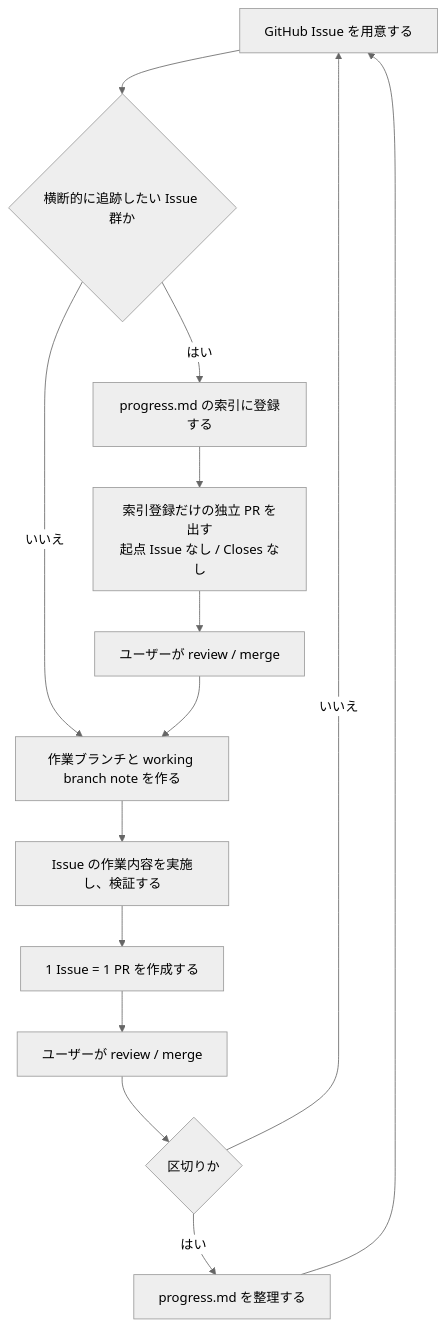
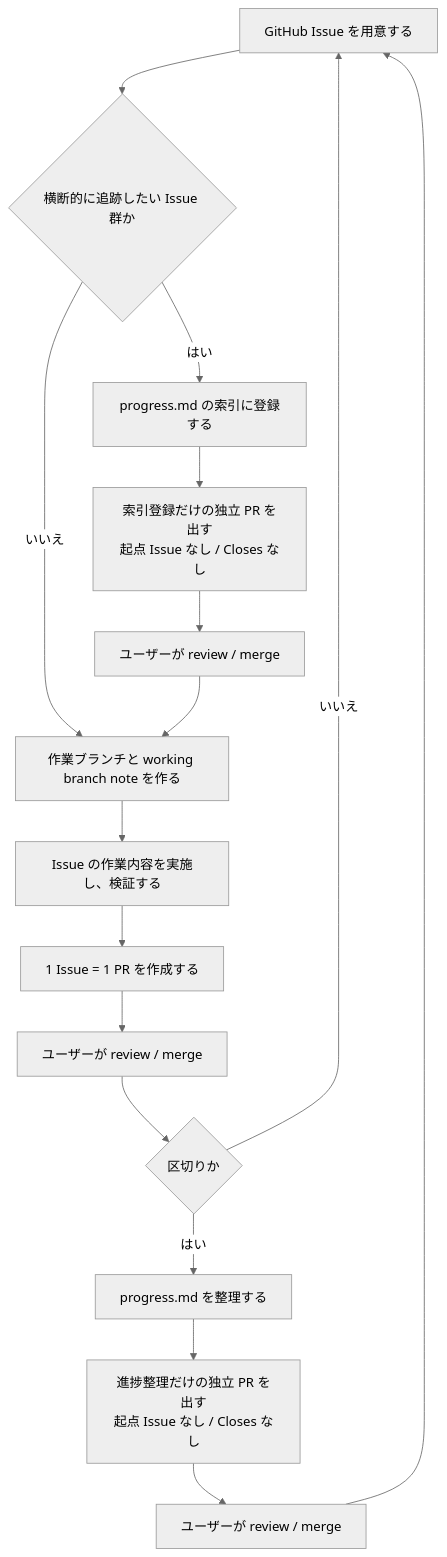
The diagram in doc/guidelines/development-loop.md (kiyohara/bizdate), drawn with Mermaid (neutral theme) before and after one commit. The commit also changed other lines of this file and 2 other files, not shown here.

````diff
--- a/doc/guidelines/development-loop.md
+++ b/doc/guidelines/development-loop.md
@@ -17,16 +17,18 @@
 ```mermaid
 flowchart TD
     A["GitHub Issue を用意する"] --> B{"横断的に追跡したい Issue 群か"}
     B -- "はい" --> C["progress.md の索引に登録する"]
     B -- "いいえ" --> D["作業ブランチと working branch note を作る"]
     C --> C2["索引登録だけの独立 PR を出す<br/>起点 Issue なし / Closes なし"]
     C2 --> C3["ユーザーが review / merge"]
     C3 --> D
     D --> E["Issue の作業内容を実施し、検証する"]
     E --> F["1 Issue = 1 PR を作成する"]
     F --> G["ユーザーが review / merge"]
     G --> H{"区切りか"}
     H -- "はい" --> I["progress.md を整理する"]
     H -- "いいえ" --> A
-    I --> A
+    I --> I2["進捗整理だけの独立 PR を出す<br/>起点 Issue なし / Closes なし"]
+    I2 --> I3["ユーザーが review / merge"]
+    I3 --> A
 ```
````
